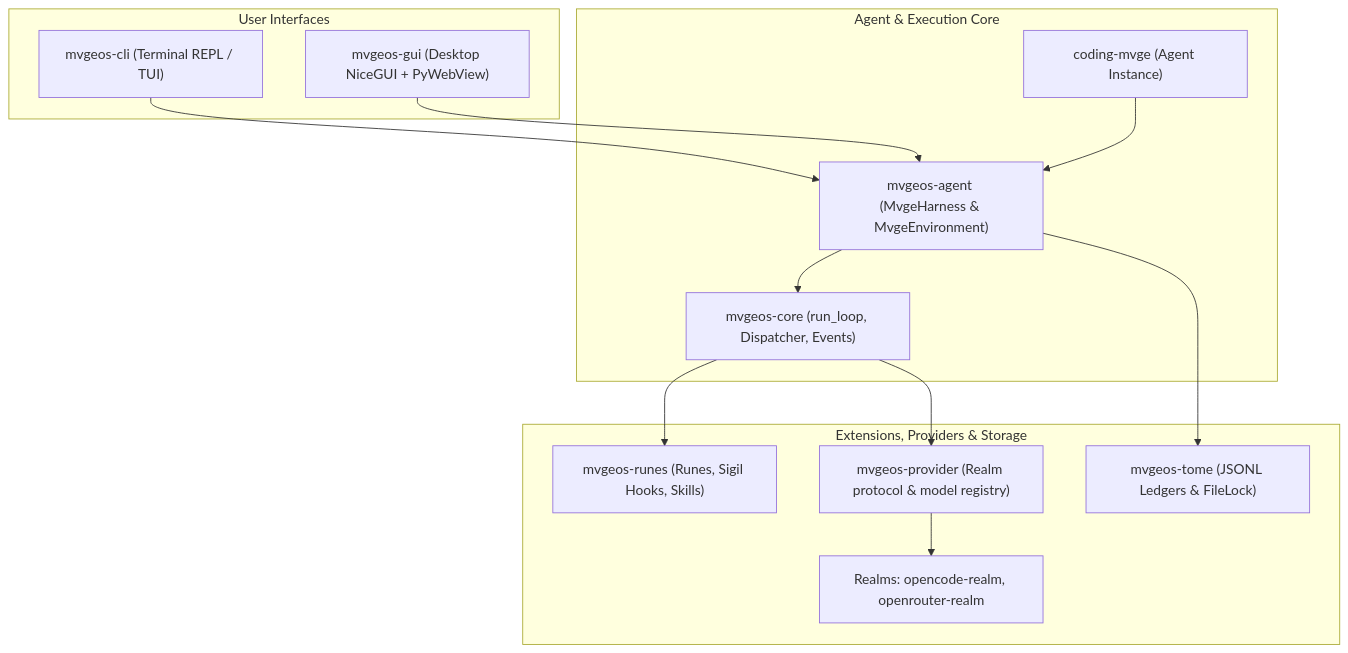
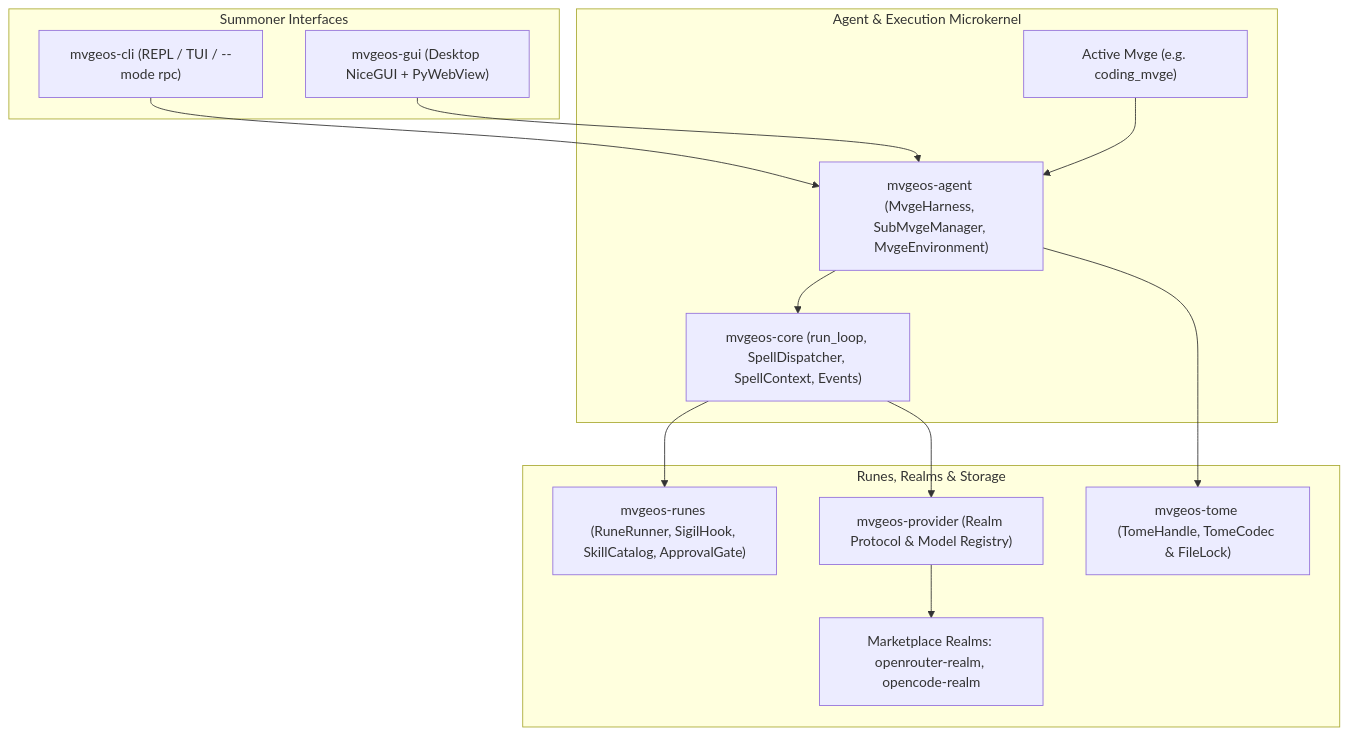
One commit to IAmNo1Special/mvge changed the diagram in README.md. Above: the diagram before and after it, drawn with Mermaid. The commit also changed other lines of this file and 46 other files, not shown here.

First line of the commit message:
feat(engine): implement sub-agents, active discovery, spell context, and rpc mode

````diff
--- a/README.md
+++ b/README.md
@@ -313,29 +263,29 @@
 ```mermaid
 flowchart TD
-    subgraph UI["User Interfaces"]
-        CLI["mvgeos-cli (Terminal REPL / TUI)"]
+    subgraph UI["Summoner Interfaces"]
+        CLI["mvgeos-cli (REPL / TUI / --mode rpc)"]
         GUI["mvgeos-gui (Desktop NiceGUI + PyWebView)"]
     end
 
-    subgraph CoreEngine["Agent & Execution Core"]
-        Mvge["coding-mvge (Agent Instance)"]
-        Harness["mvgeos-agent (MvgeHarness & MvgeEnvironment)"]
-        Loop["mvgeos-core (run_loop, Dispatcher, Events)"]
+    subgraph CoreEngine["Agent & Execution Microkernel"]
+        Mvge["Active Mvge (e.g. coding_mvge)"]
+        Harness["mvgeos-agent (MvgeHarness, SubMvgeManager, MvgeEnvironment)"]
+        Loop["mvgeos-core (run_loop, SpellDispatcher, SpellContext, Events)"]
     end
 
-    subgraph StorageEcosystem["Extensions, Providers & Storage"]
-        Runes["mvgeos-runes (Runes, Sigil Hooks, Skills)"]
-        Provider["mvgeos-provider (Realm protocol & model registry)"]
-        Realms["Realms: opencode-realm, openrouter-realm"]
-        Tome["mvgeos-tome (JSONL Ledgers & FileLock)"]
+    subgraph StorageEcosystem["Runes, Realms & Storage"]
+        Runes["mvgeos-runes (RuneRunner, SigilHook, SkillCatalog, ApprovalGate)"]
+        Provider["mvgeos-provider (Realm Protocol & Model Registry)"]
+        Realms["Marketplace Realms: openrouter-realm, opencode-realm"]
+        Tome["mvgeos-tome (TomeHandle, TomeCodec & FileLock)"]
     end
 
     CLI --> Harness
     GUI --> Harness
     Mvge --> Harness
     Harness --> Loop
     Loop --> Provider
     Provider --> Realms
     Loop --> Runes
     Harness --> Tome
 ```
````
